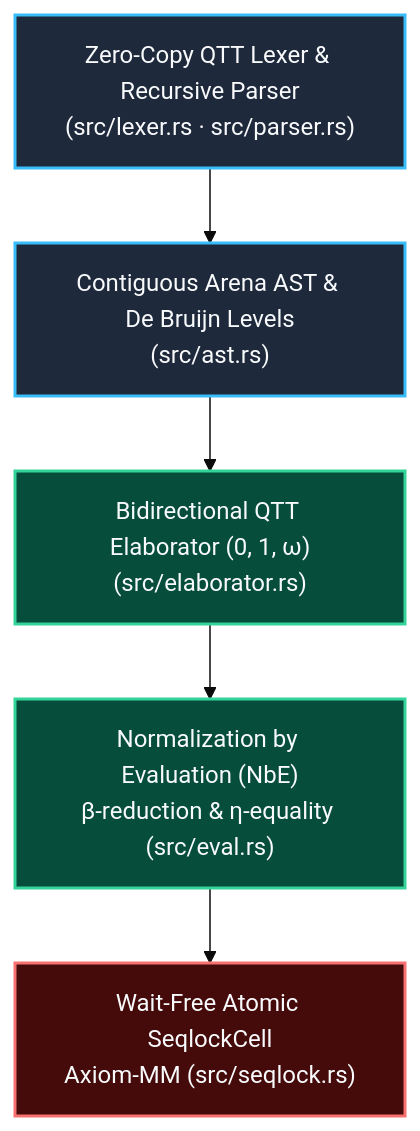
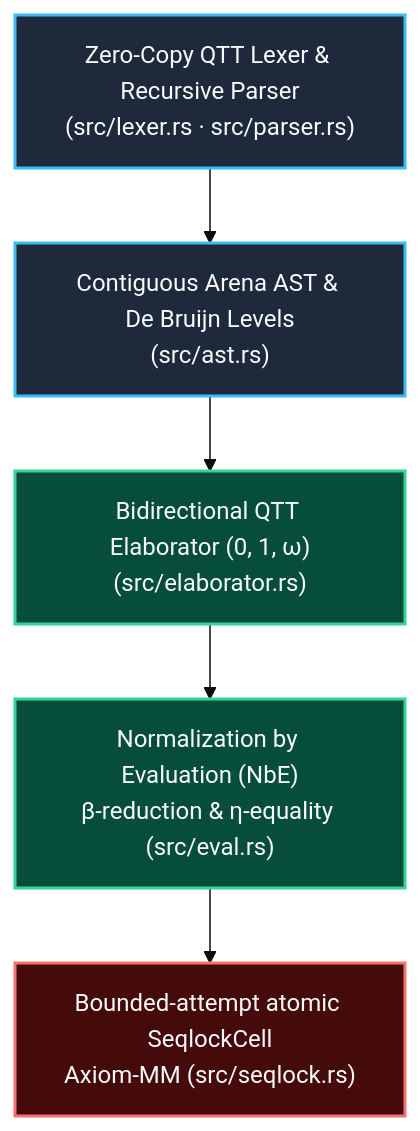
Before and after one commit to borjamoskv/axiom-0: the diagram in README.md, drawn with Mermaid (base theme). The commit also changed other lines of this file and 28 other files, not shown here.

````diff
--- a/README.md
+++ b/README.md
@@ -26,11 +48,11 @@
 ```mermaid
 flowchart TD
     classDef core fill:#1e293b,stroke:#38bdf8,stroke-width:2px,color:#f8fafc
     classDef verify fill:#064e3b,stroke:#34d399,stroke-width:2px,color:#f8fafc
     classDef mem fill:#450a0a,stroke:#f87171,stroke-width:2px,color:#f8fafc
 
     A["Zero-Copy QTT Lexer & Recursive Parser<br/>(src/lexer.rs · src/parser.rs)"]:::core --> B["Contiguous Arena AST & De Bruijn Levels<br/>(src/ast.rs)"]:::core
     B --> C["Bidirectional QTT Elaborator (0, 1, ω)<br/>(src/elaborator.rs)"]:::verify
     C --> D["Normalization by Evaluation (NbE)<br/>β-reduction & η-equality (src/eval.rs)"]:::verify
-    D --> E["Wait-Free Atomic SeqlockCell<T, N><br/>Axiom-MM (src/seqlock.rs)"]:::mem
+    D --> E["Bounded-attempt atomic SeqlockCell<T, N><br/>Axiom-MM (src/seqlock.rs)"]:::mem
 ```
````
